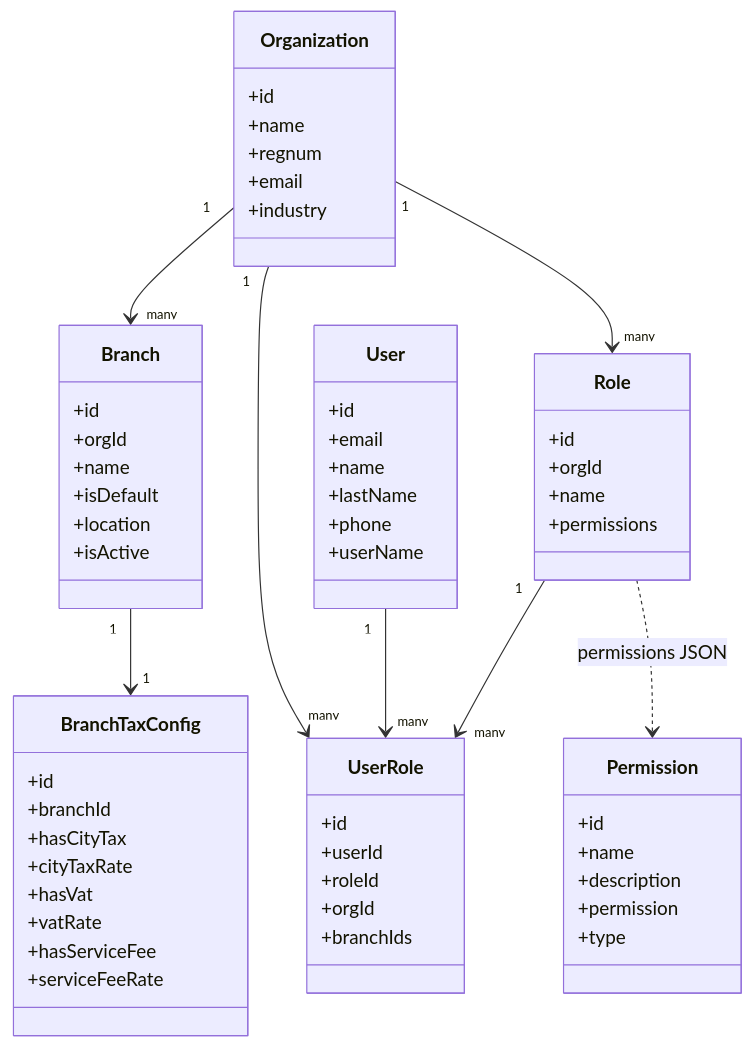
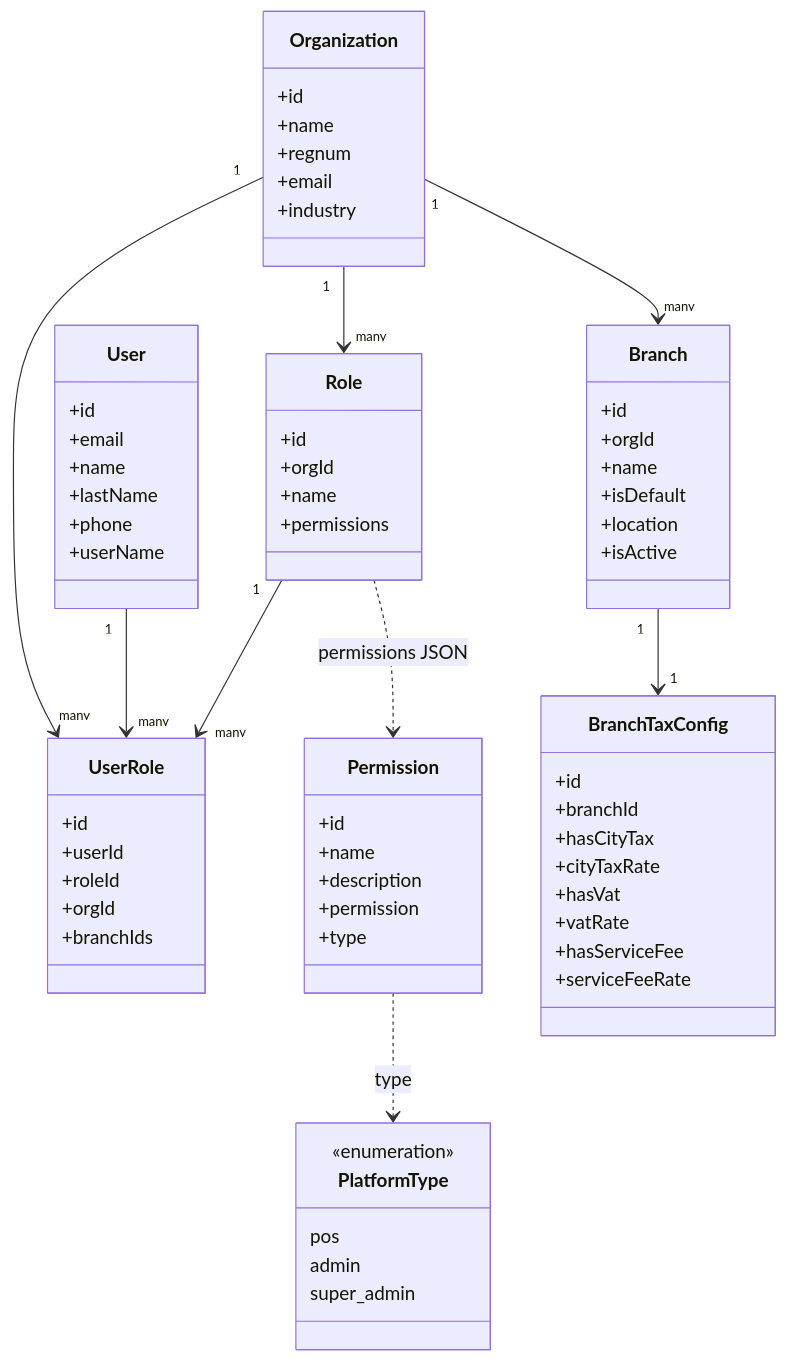
Before and after one commit to nomundari-zerotech/pos-docs: the first of 5 diagrams in class-diagrams.md, drawn with Mermaid. The commit also changed other lines of this file and 23 other files, not shown here.

````diff
--- a/class-diagrams.md
+++ b/class-diagrams.md
@@ -7,70 +7,78 @@
 ```mermaid
 classDiagram
   class Organization {
     +id
     +name
     +regnum
     +email
     +industry
   }
 
   class Branch {
     +id
     +orgId
     +name
     +isDefault
     +location
     +isActive
   }
 
   class User {
     +id
     +email
     +name
     +lastName
     +phone
     +userName
   }
 
   class Role {
     +id
     +orgId
     +name
     +permissions
   }
 
   class UserRole {
     +id
     +userId
     +roleId
     +orgId
     +branchIds
   }
 
   class Permission {
     +id
     +name
     +description
     +permission
     +type
   }
 
+  class PlatformType {
+    <<enumeration>>
+    pos
+    admin
+    super_admin
+  }
+
   class BranchTaxConfig {
     +id
     +branchId
     +hasCityTax
     +cityTaxRate
     +hasVat
     +vatRate
     +hasServiceFee
     +serviceFeeRate
   }
 
   Organization "1" --> "many" Branch
   Organization "1" --> "many" Role
   Organization "1" --> "many" UserRole
   User "1" --> "many" UserRole
   Role "1" --> "many" UserRole
   Branch "1" --> "1" BranchTaxConfig
   Role ..> Permission : permissions JSON
+  Permission ..> PlatformType : type
 ```
````
